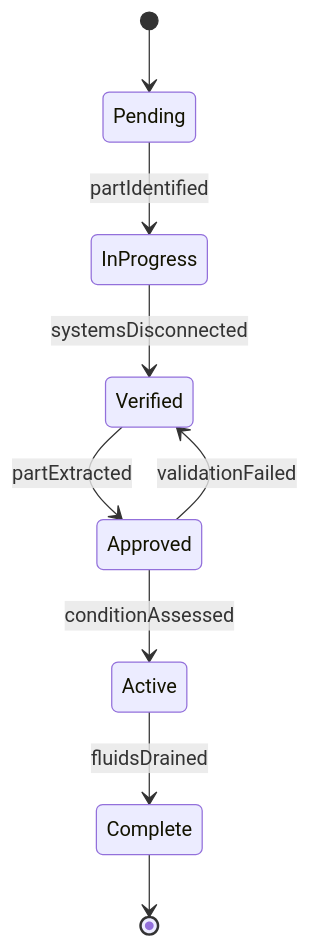
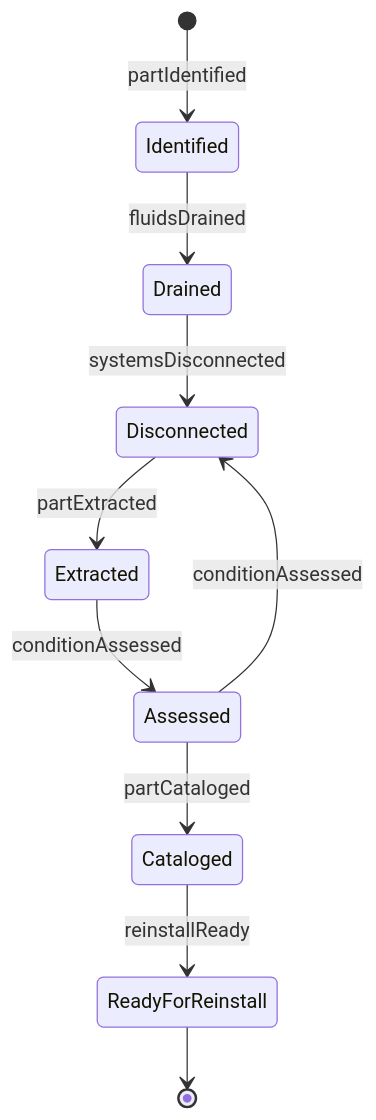
The second of 4 diagrams in HandlingAndMovingObjects/DisassembleEquipment/RemovePartsComponentsVehicles.mdx (dot-org-ai/tasks.org.ai), drawn with Mermaid before and after one commit. The commit also changed other lines of this file and 515 other files, not shown here.

````diff
--- a/HandlingAndMovingObjects/DisassembleEquipment/RemovePartsComponentsVehicles.mdx
+++ b/HandlingAndMovingObjects/DisassembleEquipment/RemovePartsComponentsVehicles.mdx
@@ -100,11 +101,12 @@
 ```mermaid
 stateDiagram-v2
-    [*] --> Pending
-    Pending --> InProgress : partIdentified
-    InProgress --> Verified : systemsDisconnected
-    Verified --> Approved : partExtracted
-    Approved --> Active : conditionAssessed
-    Active --> Complete : fluidsDrained
-    Approved --> Verified : validationFailed
-    Complete --> [*]
+    [*] --> Identified : partIdentified
+    Identified --> Drained : fluidsDrained
+    Drained --> Disconnected : systemsDisconnected
+    Disconnected --> Extracted : partExtracted
+    Extracted --> Assessed : conditionAssessed
+    Assessed --> Cataloged : partCataloged
+    Cataloged --> ReadyForReinstall : reinstallReady
+    Assessed --> Disconnected : conditionAssessed
+    ReadyForReinstall --> [*]
 ```
````
